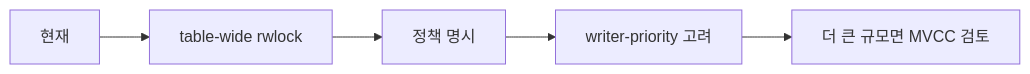
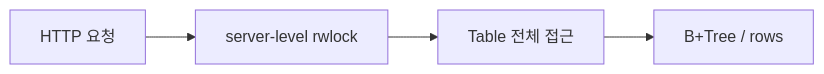
One commit to Jungle-12-303/week8-team2-network changed the diagram in docs/study/LHY/해결기록/table-wide-rwlock-문제정리.md. Above: the diagram before and after it, drawn with Mermaid. The commit also changed other lines of this file and 24 other files, not shown here.

````diff
--- a/docs/study/LHY/해결기록/table-wide-rwlock-문제정리.md
+++ b/docs/study/LHY/해결기록/table-wide-rwlock-문제정리.md
@@ -285,7 +47,6 @@
 ```mermaid
 flowchart LR
-    A["현재"] --> B["table-wide rwlock"]
-    B --> C["정책 명시"]
-    C --> D["writer-priority 고려"]
-    D --> E["더 큰 규모면 MVCC 검토"]
+    A["HTTP 요청"] --> B["server-level rwlock"]
+    B --> C["Table 전체 접근"]
+    C --> D["B+Tree / rows"]
 ```
````
